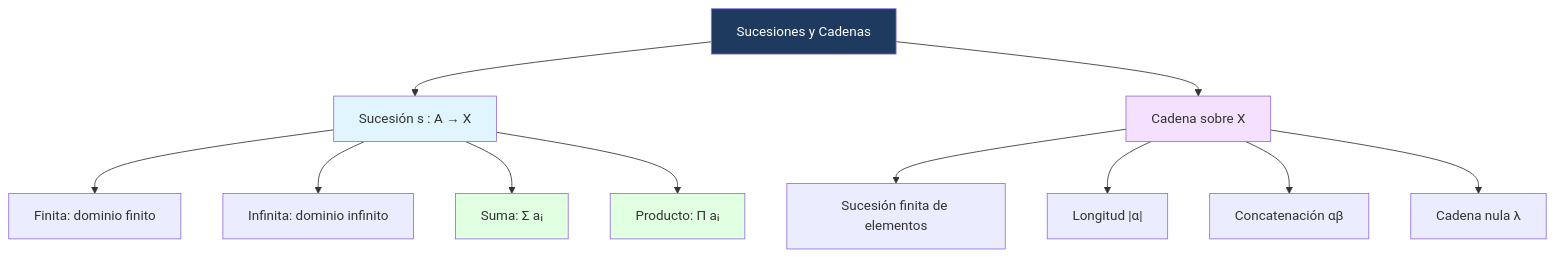
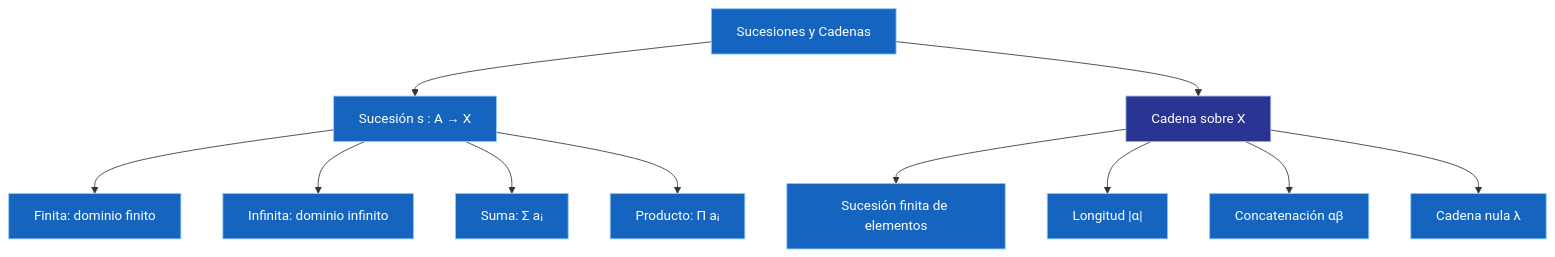
One commit to Fsteven22/Notas-ESPOL changed the diagram in src/site/notes/Universidad/3er Semestre/Matemáticas Discretas/Unidad 2 - Funciones y Relaciones/04 - Sucesiones y Cadenas.md. Above: the diagram before and after it, drawn with Mermaid. The commit also changed other lines of this file and 79 other files, not shown here.

````diff
--- a/src/site/notes/Universidad/3er Semestre/Matemáticas Discretas/Unidad 2 - Funciones y Relaciones/04 - Sucesiones y Cadenas.md
+++ b/src/site/notes/Universidad/3er Semestre/Matemáticas Discretas/Unidad 2 - Funciones y Relaciones/04 - Sucesiones y Cadenas.md
@@ -306,19 +311,25 @@
 ```mermaid
 graph TD
     A[Sucesiones y Cadenas] --> B[Sucesión s : A → X]
     A --> C[Cadena sobre X]
     B --> D[Finita: dominio finito]
     B --> E[Infinita: dominio infinito]
     B --> F["Suma: Σ aᵢ"]
     B --> G["Producto: Π aᵢ"]
     C --> H[Sucesión finita de elementos]
     C --> I["Longitud |α|"]
     C --> J[Concatenación αβ]
     C --> K["Cadena nula λ"]
+    style A fill:#1565C0,color:#FFFFFF,stroke:#90CAF9,stroke-width:1px
+    style B fill:#1565C0,color:#FFFFFF,stroke:#90CAF9,stroke-width:1px
+    style C fill:#283593,color:#FFFFFF,stroke:#9FA8DA,stroke-width:1px
+    style D fill:#1565C0,color:#FFFFFF,stroke:#90CAF9,stroke-width:1px
+    style E fill:#1565C0,color:#FFFFFF,stroke:#90CAF9,stroke-width:1px
+    style F fill:#1565C0,color:#FFFFFF,stroke:#90CAF9,stroke-width:1px
+    style G fill:#1565C0,color:#FFFFFF,stroke:#90CAF9,stroke-width:1px
+    style H fill:#1565C0,color:#FFFFFF,stroke:#90CAF9,stroke-width:1px
+    style I fill:#1565C0,color:#FFFFFF,stroke:#90CAF9,stroke-width:1px
+    style J fill:#1565C0,color:#FFFFFF,stroke:#90CAF9,stroke-width:1px
+    style K fill:#1565C0,color:#FFFFFF,stroke:#90CAF9,stroke-width:1px
 
-    style A fill:#1e3a5f,color:#fff
-    style B fill:#e1f5ff
-    style C fill:#f5e1ff
-    style F fill:#e1ffe1
-    style G fill:#e1ffe1
 ```
````
